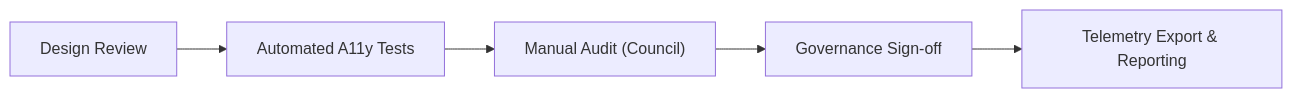
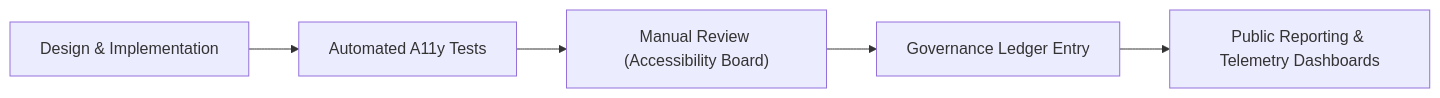
The diagram in docs/standards/ui_accessibility.md (bartytime4life/Kansas-Frontier-Matrix), drawn with Mermaid before and after one commit. The commit also changed other lines of this file, not shown here.

````diff
--- a/docs/standards/ui_accessibility.md
+++ b/docs/standards/ui_accessibility.md
@@ -207,7 +311,7 @@
 ```mermaid
 flowchart LR
-  A["Design Review"] --> B["Automated A11y Tests"]
-  B --> C["Manual Audit (Council)"]
-  C --> D["Governance Sign-off"]
-  D --> E["Telemetry Export & Reporting"]
+  A["Design & Implementation"] --> B["Automated A11y Tests"]
+  B --> C["Manual Review (Accessibility Board)"]
+  C --> D["Governance Ledger Entry"]
+  D --> E["Public Reporting & Telemetry Dashboards"]
 ```
````
